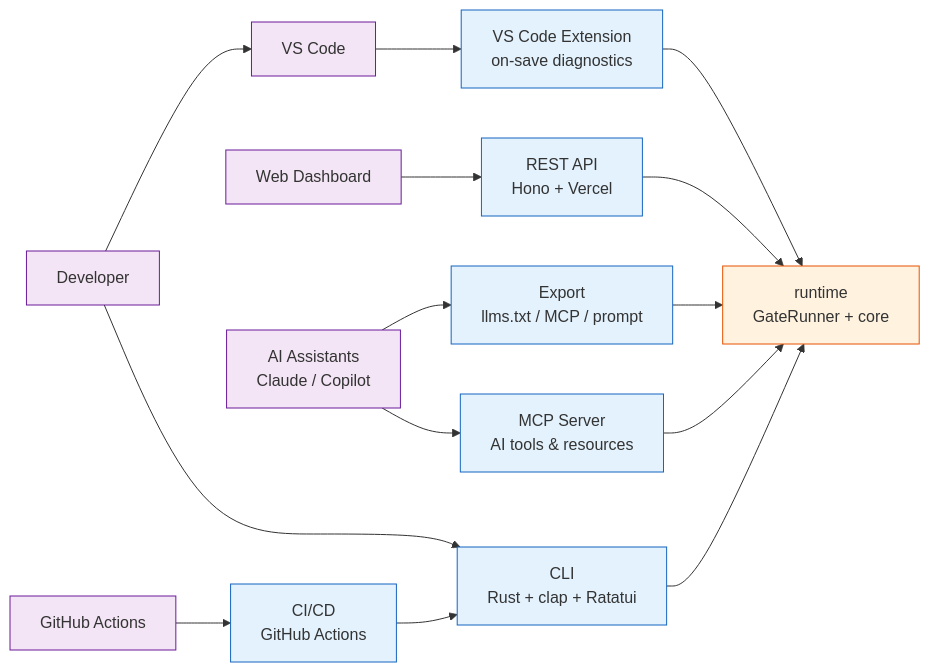
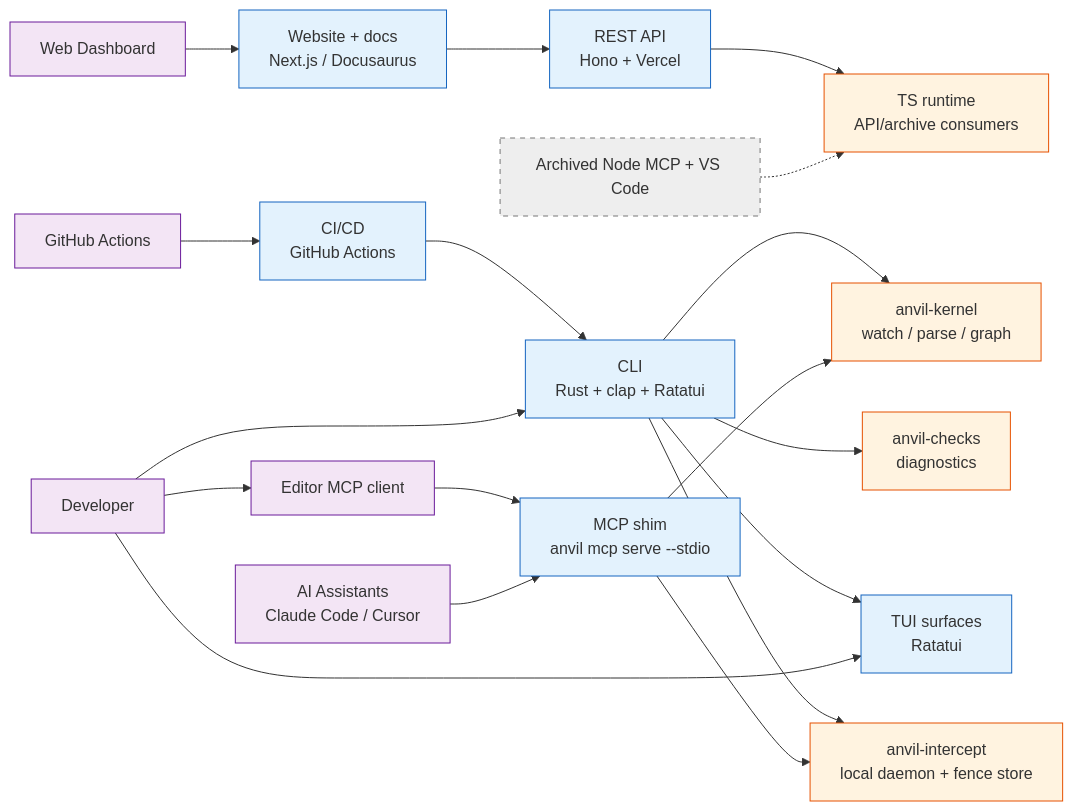
One commit to eddacraft/eddacraft-tui changed the fourth of 5 diagrams in docs/architecture/overview.md. Above: the diagram before and after it, drawn with Mermaid. The commit also changed other lines of this file and 6 other files, not shown here.

Commit message:
docs(architecture): refresh architecture diagrams

````diff
--- a/docs/architecture/overview.md
+++ b/docs/architecture/overview.md
@@ -275,39 +313,51 @@
 ```mermaid
 graph LR
-    runtime["runtime<br/>GateRunner + core"]
+    kernel["anvil-kernel<br/>watch / parse / graph"]
+    checks["anvil-checks<br/>diagnostics"]
+    intercept["anvil-intercept<br/>local daemon + fence store"]
 
     cli["CLI<br/>Rust + clap + Ratatui"]
-    vscode["VS Code Extension<br/>on-save diagnostics"]
-    mcp["MCP Server<br/>AI tools & resources"]
+    tui["TUI surfaces<br/>Ratatui"]
+    mcp["MCP shim<br/>anvil mcp serve --stdio"]
     api["REST API<br/>Hono + Vercel"]
     cicd["CI/CD<br/>GitHub Actions"]
-    export["Export<br/>llms.txt / MCP / prompt"]
+    website["Website + docs<br/>Next.js / Docusaurus"]
+    legacy["Archived Node MCP + VS Code"]
 
-    cli --> runtime
-    vscode --> runtime
-    mcp --> runtime
+    cli --> kernel
+    cli --> checks
+    cli --> tui
+    cli --> intercept
+    mcp --> intercept
+    mcp --> kernel
     api --> runtime
+    website --> api
     cicd --> cli
-    export --> runtime
+    legacy -.-> runtime
+
+    runtime["TS runtime<br/>API/archive consumers"]
 
     dashboard["Web Dashboard"]
-    ai["AI Assistants<br/>Claude / Copilot"]
-    ide["VS Code"]
+    ai["AI Assistants<br/>Claude Code / Cursor"]
+    editor["Editor MCP client"]
     developer["Developer"]
     pipeline["GitHub Actions"]
 
     developer --> cli
-    developer --> ide --> vscode
+    developer --> tui
+    developer --> editor
+    editor --> mcp
     ai --> mcp
-    dashboard --> api
+    dashboard --> website
     pipeline --> cicd
-    ai --> export
 
     classDef surface fill:#e3f2fd,stroke:#1565c0
     classDef runtime fill:#fff3e0,stroke:#e65100
     classDef consumer fill:#f3e5f5,stroke:#6a1b9a
+    classDef archive fill:#eeeeee,stroke:#777,stroke-dasharray: 5 5
 
-    class cli,vscode,mcp,api,cicd,export surface
-    class runtime runtime
-    class dashboard,ai,ide,developer,pipeline consumer
+    class cli,tui,mcp,api,cicd,website surface
+    class kernel,checks,intercept,runtime runtime
+    class dashboard,ai,editor,developer,pipeline consumer
+    class legacy archive
 ```
````
